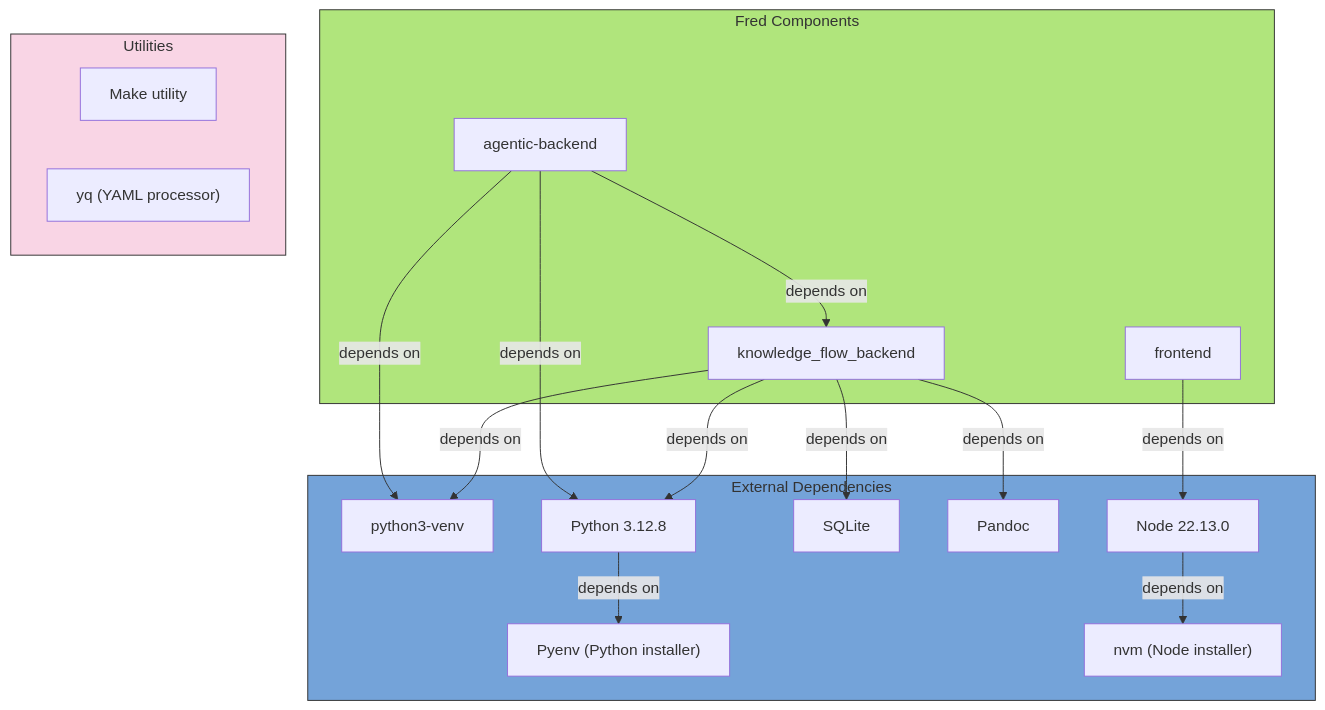
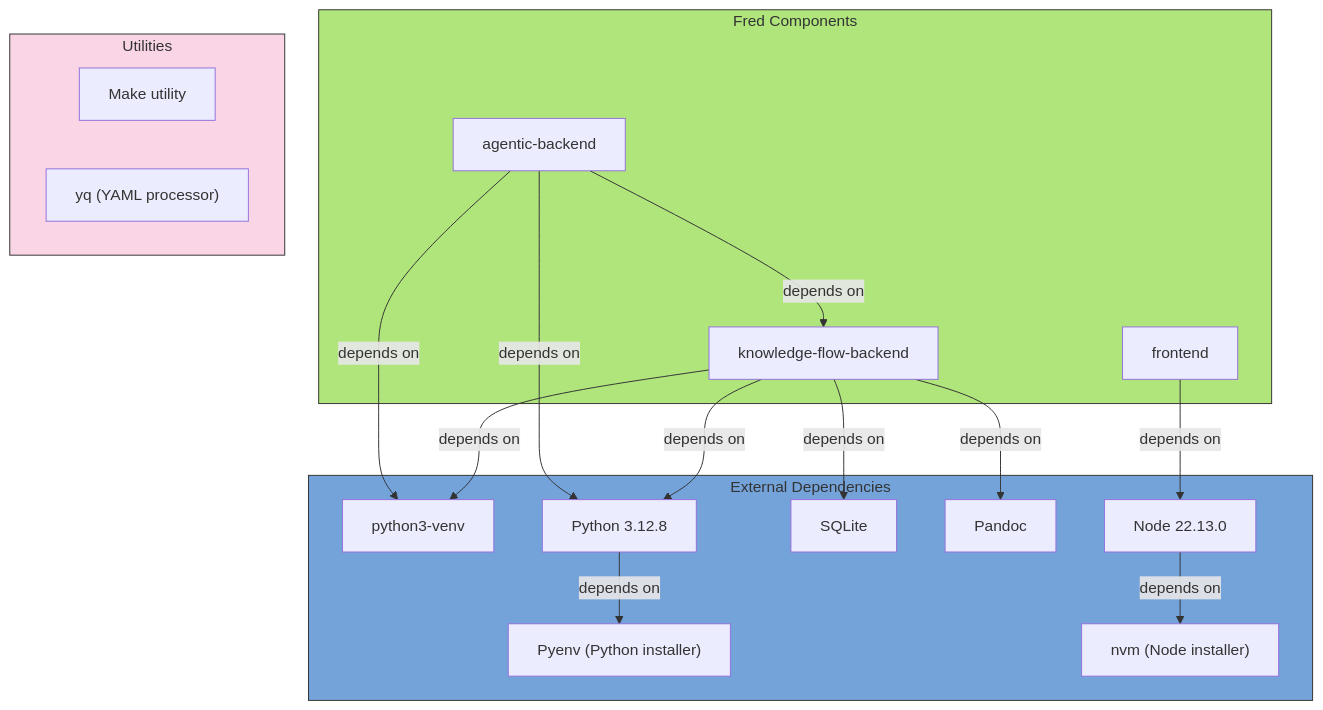
The diagram in README.md (ThalesGroup/fred), drawn with Mermaid before and after one commit. The commit also changed other lines of this file and 2 other files, not shown here.

````diff
--- a/README.md
+++ b/README.md
@@ -127,42 +121,42 @@
 ```mermaid
 graph TD
     subgraph FredComponents["Fred Components"]
       style FredComponents fill:#b0e57c,stroke:#333,stroke-width:2px  %% Green Color
         Agentic["agentic-backend"]
-        Knowledge["knowledge_flow_backend"]
+        Knowledge["knowledge-flow-backend"]
         Frontend["frontend"]
     end
 
     subgraph ExternalDependencies["External Dependencies"]
       style ExternalDependencies fill:#74a3d9,stroke:#333,stroke-width:2px  %% Blue Color
         Venv["python3-venv"]
         Python["Python 3.12.8"]
         SQLite["SQLite"]
         Pandoc["Pandoc"]
         Pyenv["Pyenv (Python installer)"]
         Node["Node 22.13.0"]
         NVM["nvm (Node installer)"]
     end
 
     subgraph Utilities["Utilities"]
       style Utilities fill:#f9d5e5,stroke:#333,stroke-width:2px  %% Pink Color
         Make["Make utility"]
         Yq["yq (YAML processor)"]
     end
 
     Agentic -->|depends on| Python
     Agentic -->|depends on| Knowledge
     Agentic -->|depends on| Venv
 
     Knowledge -->|depends on| Python
     Knowledge -->|depends on| Venv
     Knowledge -->|depends on| Pandoc
     Knowledge -->|depends on| SQLite
 
     Frontend -->|depends on| Node
 
     Python -->|depends on| Pyenv
 
     Node -->|depends on| NVM
 
 ```
````
